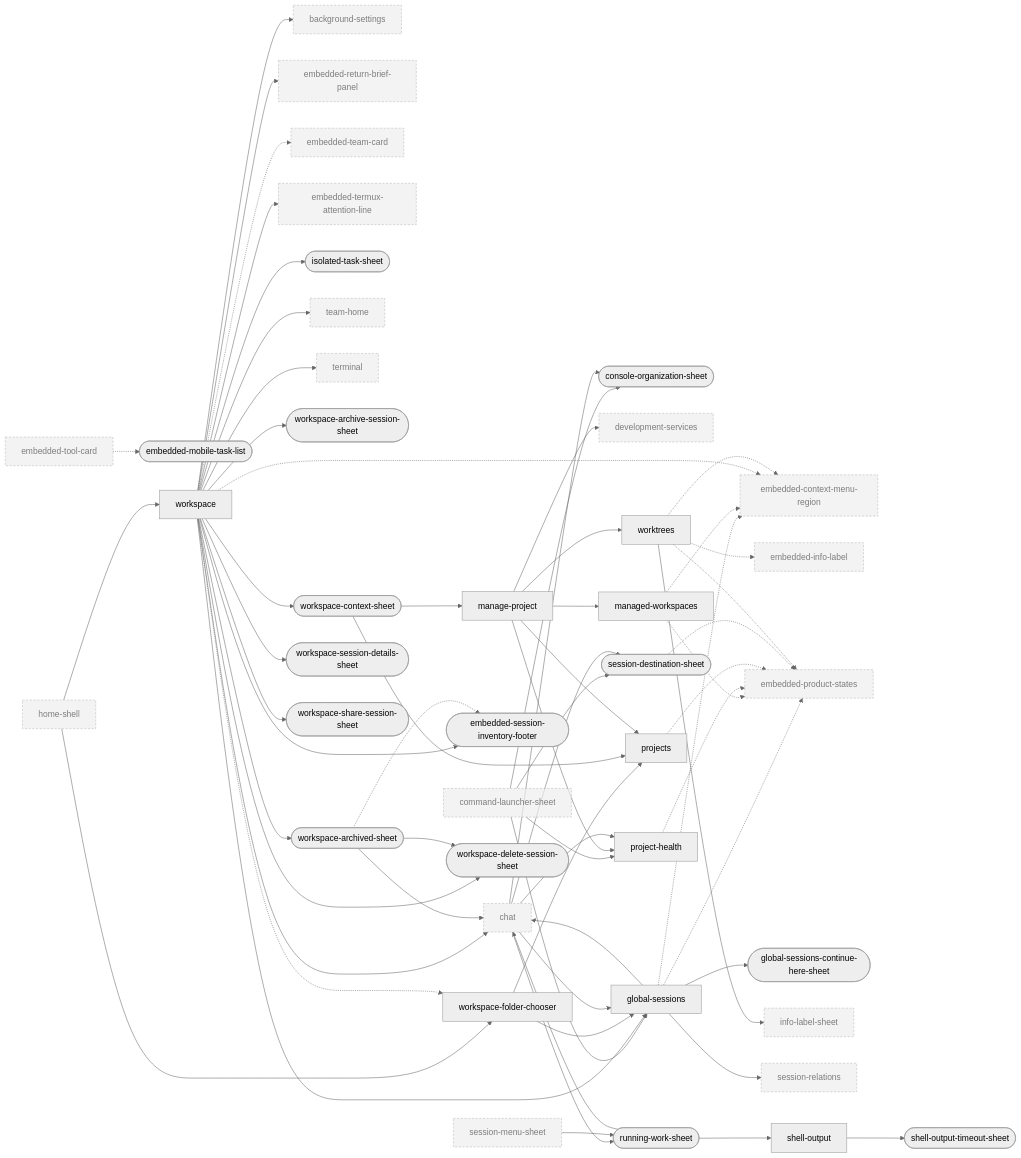
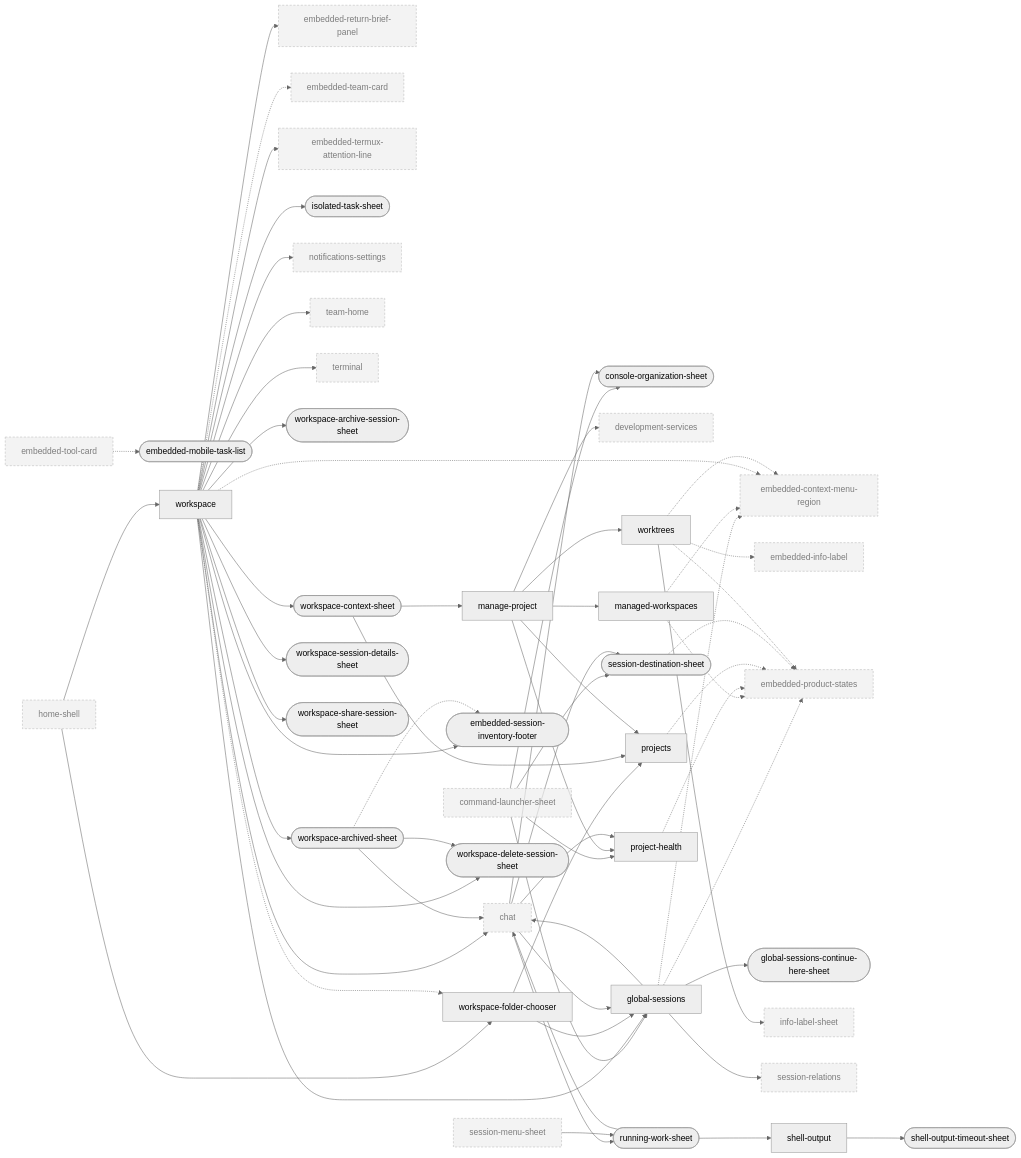
Before and after one commit to Breskott/opencode-mobile-next: the third of 10 diagrams in docs/design/ui-ledger/navigation.md, drawn with Mermaid (neutral theme). The commit also changed other lines of this file and 7 other files, not shown here.

````diff
--- a/docs/design/ui-ledger/navigation.md
+++ b/docs/design/ui-ledger/navigation.md
@@ -451,6 +451,5 @@
 ```mermaid
 graph LR
-  background_settings["background-settings"]:::ext
   chat["chat"]:::ext
   command_launcher_sheet["command-launcher-sheet"]:::ext
   console_organization_sheet(["console-organization-sheet"])
@@ -471,6 +470,7 @@
   isolated_task_sheet(["isolated-task-sheet"])
   manage_project["manage-project"]
   managed_workspaces["managed-workspaces"]
+  notifications_settings["notifications-settings"]:::ext
   project_health["project-health"]
   projects["projects"]
   running_work_sheet(["running-work-sheet"])
@@ -508,7 +508,7 @@
   workspace --> workspace_archive_session_sheet
   workspace --> workspace_delete_session_sheet
   workspace --> terminal
-  workspace --> background_settings
+  workspace --> notifications_settings
   workspace --> workspace_archived_sheet
   workspace --> isolated_task_sheet
   workspace --> embedded_session_inventory_footer
````
